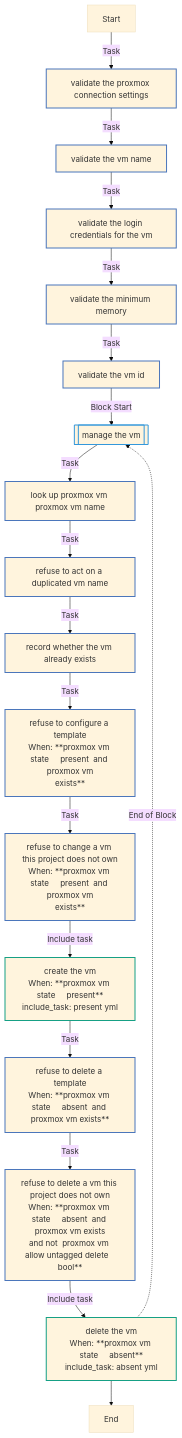
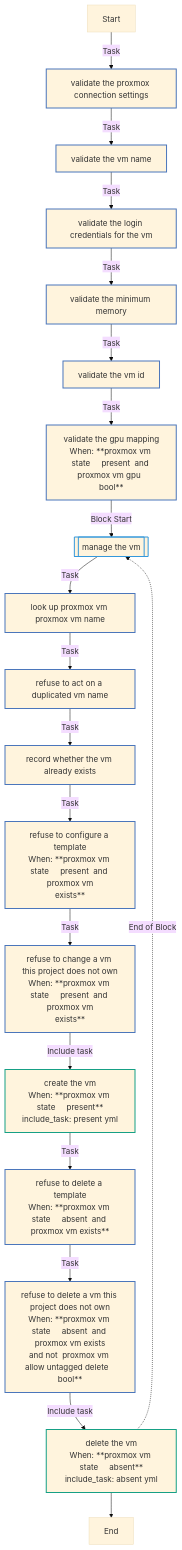
The first of 3 diagrams in docs/reference/roles/proxmox_vm.md (kawadeomkar/claude-on-proxmox), drawn with Mermaid (base theme) before and after one commit. The commit also changed other lines of this file and 27 other files, not shown here.

````diff
--- a/docs/reference/roles/proxmox_vm.md
+++ b/docs/reference/roles/proxmox_vm.md
@@ -105,30 +121,31 @@
 ```mermaid
 flowchart TD
 Start
 classDef block stroke:#3498db,stroke-width:2px;
 classDef task stroke:#4b76bb,stroke-width:2px;
 classDef includeTasks stroke:#16a085,stroke-width:2px;
 classDef importTasks stroke:#34495e,stroke-width:2px;
 classDef includeRole stroke:#2980b9,stroke-width:2px;
 classDef importRole stroke:#699ba7,stroke-width:2px;
 classDef includeVars stroke:#8e44ad,stroke-width:2px;
 classDef rescue stroke:#665352,stroke-width:2px;
 
   Start-->|Task| Validate_the_Proxmox_connection_settings0[validate the proxmox connection settings]:::task
   Validate_the_Proxmox_connection_settings0-->|Task| Validate_the_VM_name1[validate the vm name]:::task
   Validate_the_VM_name1-->|Task| Validate_the_login_credentials_for_the_VM2[validate the login credentials for the vm]:::task
   Validate_the_login_credentials_for_the_VM2-->|Task| Validate_the_minimum_memory3[validate the minimum memory]:::task
   Validate_the_minimum_memory3-->|Task| Validate_the_VM_ID4[validate the vm id]:::task
-  Validate_the_VM_ID4-->|Block Start| Manage_the_VM5_block_start_0[[manage the vm]]:::block
-  Manage_the_VM5_block_start_0-->|Task| Look_up_Proxmox_VM_proxmox_vm_name0[look up proxmox vm proxmox vm name]:::task
+  Validate_the_VM_ID4-->|Task| Validate_the_GPU_mapping5[validate the gpu mapping<br>When: **proxmox vm state     present  and proxmox vm gpu  <br>bool**]:::task
+  Validate_the_GPU_mapping5-->|Block Start| Manage_the_VM6_block_start_0[[manage the vm]]:::block
+  Manage_the_VM6_block_start_0-->|Task| Look_up_Proxmox_VM_proxmox_vm_name0[look up proxmox vm proxmox vm name]:::task
   Look_up_Proxmox_VM_proxmox_vm_name0-->|Task| Refuse_to_act_on_a_duplicated_VM_name1[refuse to act on a duplicated vm name]:::task
   Refuse_to_act_on_a_duplicated_VM_name1-->|Task| Record_whether_the_VM_already_exists2[record whether the vm already exists]:::task
   Record_whether_the_VM_already_exists2-->|Task| Refuse_to_configure_a_template3[refuse to configure a template<br>When: **proxmox vm state     present  and proxmox vm<br>exists**]:::task
   Refuse_to_configure_a_template3-->|Task| Refuse_to_change_a_VM_this_project_does_not_own4[refuse to change a vm this project does not own<br>When: **proxmox vm state     present  and proxmox vm<br>exists**]:::task
   Refuse_to_change_a_VM_this_project_does_not_own4-->|Include task| Create_the_VM_present_yml_5[create the vm<br>When: **proxmox vm state     present**<br>include_task: present yml]:::includeTasks
   Create_the_VM_present_yml_5-->|Task| Refuse_to_delete_a_template6[refuse to delete a template<br>When: **proxmox vm state     absent  and proxmox vm exists**]:::task
   Refuse_to_delete_a_template6-->|Task| Refuse_to_delete_a_VM_this_project_does_not_own7[refuse to delete a vm this project does not own<br>When: **proxmox vm state     absent  and proxmox vm exists<br>and not  proxmox vm allow untagged delete   bool**]:::task
   Refuse_to_delete_a_VM_this_project_does_not_own7-->|Include task| Delete_the_VM_absent_yml_8[delete the vm<br>When: **proxmox vm state     absent**<br>include_task: absent yml]:::includeTasks
-  Delete_the_VM_absent_yml_8-.->|End of Block| Manage_the_VM5_block_start_0
+  Delete_the_VM_absent_yml_8-.->|End of Block| Manage_the_VM6_block_start_0
   Delete_the_VM_absent_yml_8-->End
 ```
````
